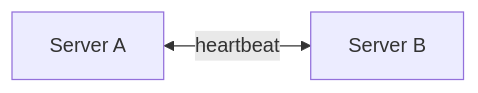
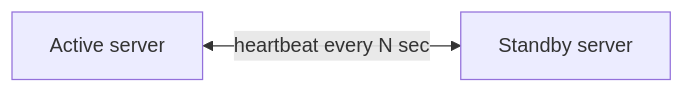
Before and after one commit to hareramcse/SystemDesign: the seventh of 21 diagrams in 12-reliability-engineering/README.md, drawn with Mermaid. The commit also changed other lines of this file, not shown here.

````diff
--- a/12-reliability-engineering/README.md
+++ b/12-reliability-engineering/README.md
@@ -332,4 +242,4 @@
 ```mermaid
 flowchart LR
-    SA[Server A] <-->|heartbeat| SB[Server B]
+    Active[Active server] <-->|heartbeat every N sec| Standby[Standby server]
 ```
````
